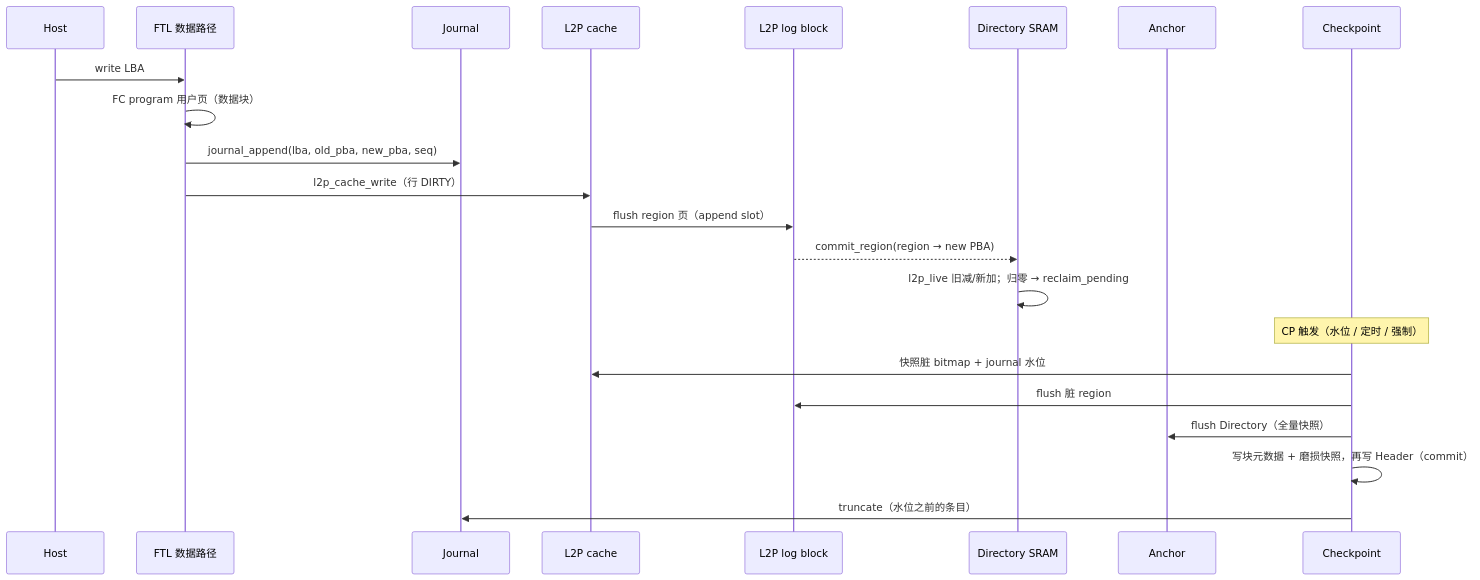
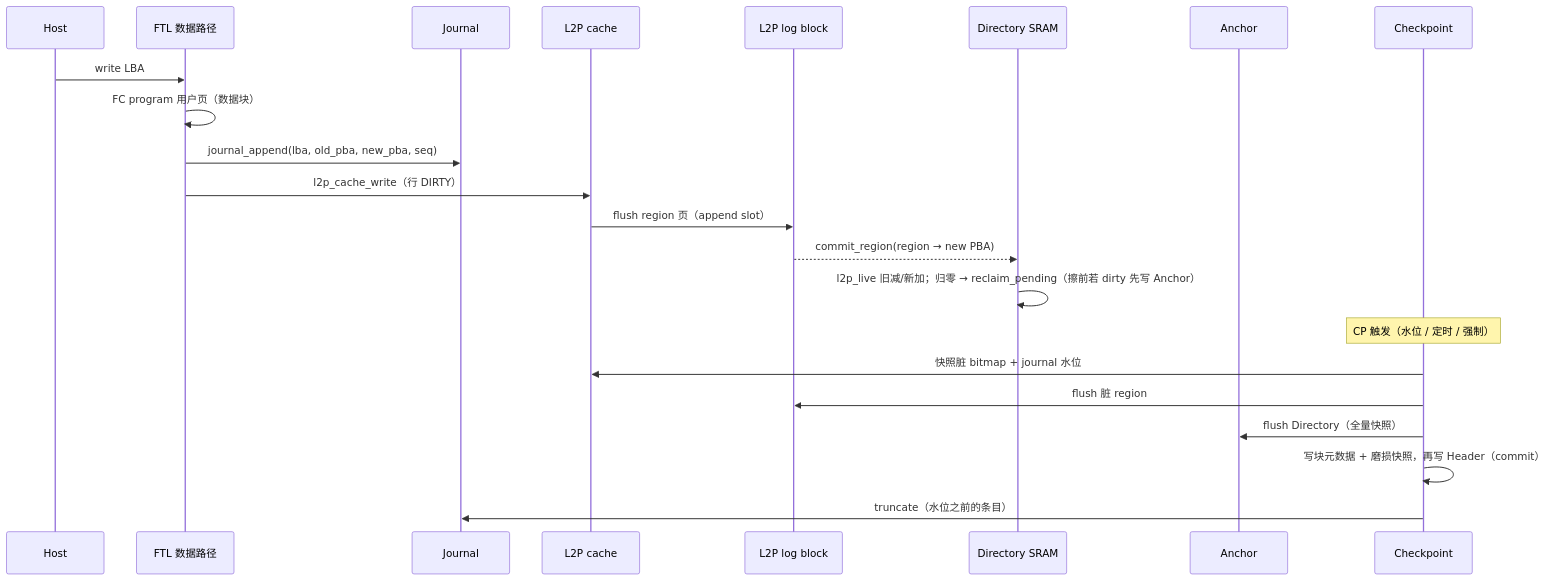
Before and after one commit to YzYMIAO/BASESSD: the fourth of 32 diagrams in docs/design/ftl_design.md, drawn with Mermaid. The commit also changed other lines of this file and 60 other files, not shown here.

````diff
--- a/docs/design/ftl_design.md
+++ b/docs/design/ftl_design.md
@@ -870,24 +870,24 @@
 ```mermaid
 sequenceDiagram
     participant H as Host
     participant F as FTL 数据路径
     participant J as Journal
     participant L as L2P cache
     participant LB as L2P log block
     participant D as Directory SRAM
     participant A as Anchor
     participant C as Checkpoint
     H->>F: write LBA
     F->>F: FC program 用户页（数据块）
     F->>J: journal_append(lba, old_pba, new_pba, seq)
     F->>L: l2p_cache_write（行 DIRTY）
     L->>LB: flush region 页（append slot）
     LB-->>D: commit_region(region → new PBA)
-    D->>D: l2p_live 旧减/新加；归零 → reclaim_pending
+    D->>D: l2p_live 旧减/新加；归零 → reclaim_pending（擦前若 dirty 先写 Anchor）
     Note over C: CP 触发（水位 / 定时 / 强制）
     C->>L: 快照脏 bitmap + journal 水位
     C->>LB: flush 脏 region
     C->>A: flush Directory（全量快照）
     C->>C: 写块元数据 + 磨损快照，再写 Header（commit）
     C->>J: truncate（水位之前的条目）
 ```
````
